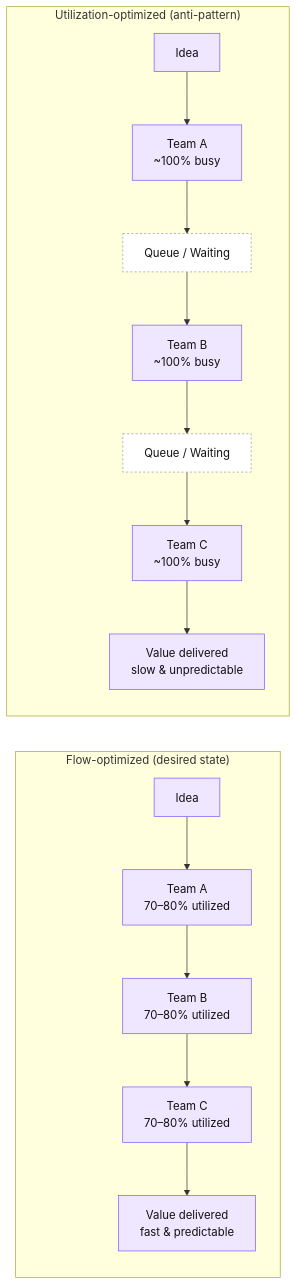
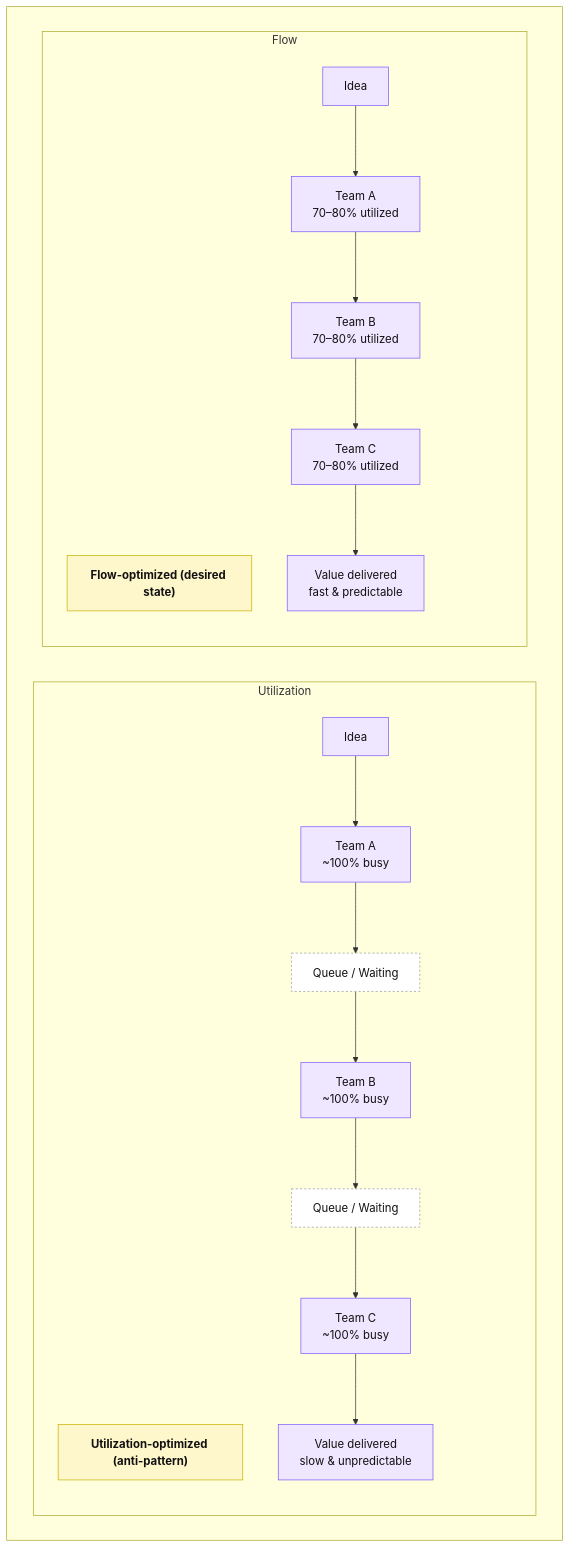
The diagram in 01-principles/optimize-for-flow-not-utilization.md (awsvkvims/engineering-productivity-metrics), drawn with Mermaid before and after one commit.

Commit message:
docs: corrected flow vs utilization diagram - layout and direction - 3

````diff
--- a/01-principles/optimize-for-flow-not-utilization.md
+++ b/01-principles/optimize-for-flow-not-utilization.md
@@ -17,33 +17,38 @@
 ```mermaid
-flowchart LR
-
-%% Make the two subgraphs sit side-by-side
-%% Each subgraph uses TB so the steps inside flow top-to-bottom
+flowchart TB
 
 classDef box fill:#efe6ff,stroke:#7a5cff,stroke-width:1px,color:#111;
 classDef note fill:#fff,stroke:#999,stroke-dasharray:3 3,color:#111;
+classDef header fill:#fff7cc,stroke:#c9b200,stroke-width:1px,color:#111,font-weight:bold;
 classDef spacer fill:transparent,stroke:transparent,color:transparent;
-subgraph F["Flow-optimized (desired state)"]
-direction TB
-Fsp[" "]:::spacer
 
-F0[Idea]:::box --> F1[Team A<br/>70–80% utilized]:::box
-F1 --> F2[Team B<br/>70–80% utilized]:::box
-F2 --> F3[Team C<br/>70–80% utilized]:::box
-F3 --> F4[Value delivered<br/>fast & predictable]:::box
+subgraph ROW[" "]
+direction LR
+
+  subgraph U["Utilization"]
+  direction TB
+  Utitle["Utilization-optimized (anti-pattern)"]:::header
+  Usp[" "]:::spacer
+
+  U0[Idea]:::box --> U1[Team A<br/>~100% busy]:::box
+  U1 --> Uq1[Queue / Waiting]:::note
+  Uq1 --> U2[Team B<br/>~100% busy]:::box
+  U2 --> Uq2[Queue / Waiting]:::note
+  Uq2 --> U3[Team C<br/>~100% busy]:::box
+  U3 --> U4[Value delivered<br/>slow & unpredictable]:::box
+  end
+
+  subgraph F["Flow"]
+  direction TB
+  Ftitle["Flow-optimized (desired state)"]:::header
+  Fsp[" "]:::spacer
+
+  F0[Idea]:::box --> F1[Team A<br/>70–80% utilized]:::box
+  F1 --> F2[Team B<br/>70–80% utilized]:::box
+  F2 --> F3[Team C<br/>70–80% utilized]:::box
+  F3 --> F4[Value delivered<br/>fast & predictable]:::box
+  end
+
 end
 
-subgraph U["Utilization-optimized (anti-pattern)"]
-direction TB
-Usp[" "]:::spacer
-
-U0[Idea]:::box --> U1[Team A<br/>~100% busy]:::box
-U1 --> Uq1[Queue / Waiting]:::note
-Uq1 --> U2[Team B<br/>~100% busy]:::box
-U2 --> Uq2[Queue / Waiting]:::note
-Uq2 --> U3[Team C<br/>~100% busy]:::box
-U3 --> U4[Value delivered<br/>slow & unpredictable]:::box
-end
-
-
 ```  
````
